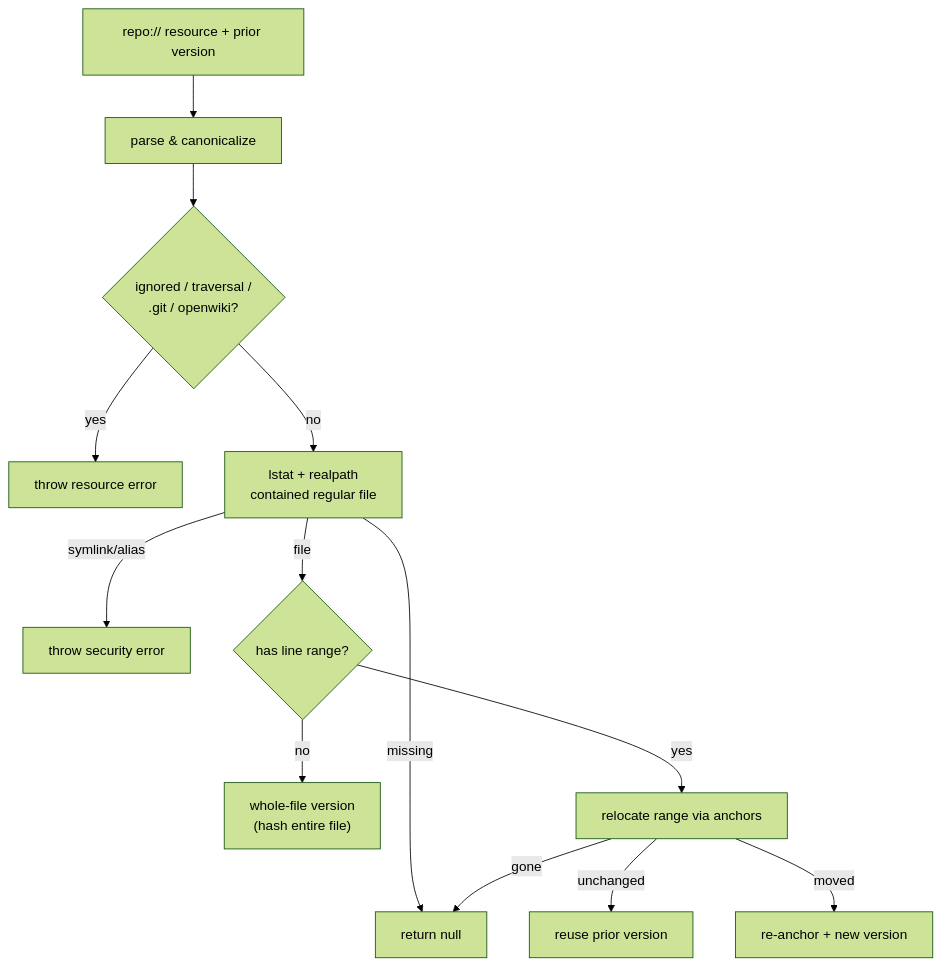
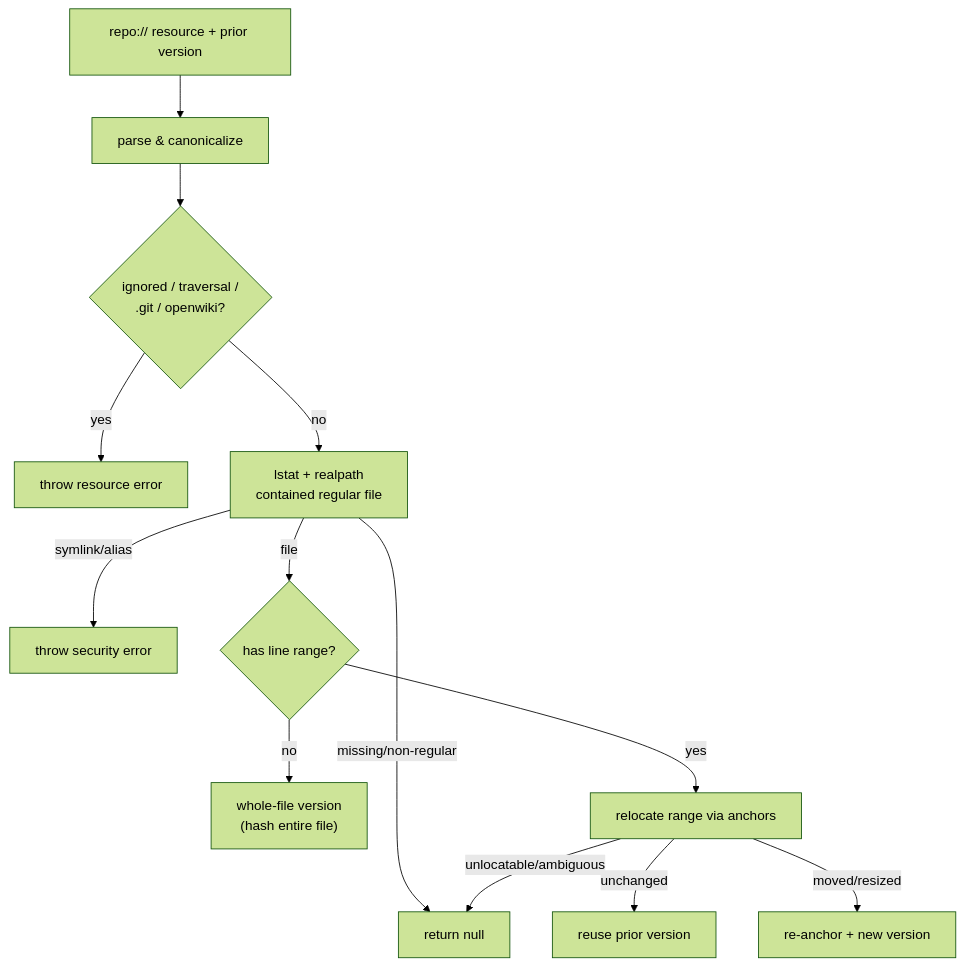
Before and after one commit to langchain-ai/openwiki: the diagram in openwiki/claims/evidence.md, drawn with Mermaid (forest theme). The commit also changed other lines of this file and 68 other files, not shown here.

````diff
--- a/openwiki/claims/evidence.md
+++ b/openwiki/claims/evidence.md
@@ -41,15 +45,15 @@
 ```mermaid
 flowchart TD
     Res["repo:// resource + prior version"] --> Parse["parse & canonicalize"]
     Parse --> Guard{"ignored / traversal /<br/>.git / openwiki?"}
     Guard -- yes --> Err["throw resource error"]
     Guard -- no --> Read["lstat + realpath<br/>contained regular file"]
     Read -- symlink/alias --> Sec["throw security error"]
-    Read -- missing --> Null["return null"]
+    Read -- missing/non-regular --> Null["return null"]
     Read -- file --> Kind{"has line range?"}
     Kind -- no --> Whole["whole-file version<br/>(hash entire file)"]
     Kind -- yes --> Locate["relocate range via anchors"]
     Locate -- unchanged --> Keep["reuse prior version"]
-    Locate -- moved --> New["re-anchor + new version"]
-    Locate -- gone --> Null
+    Locate -- moved/resized --> New["re-anchor + new version"]
+    Locate -- unlocatable/ambiguous --> Null
 ```
````
